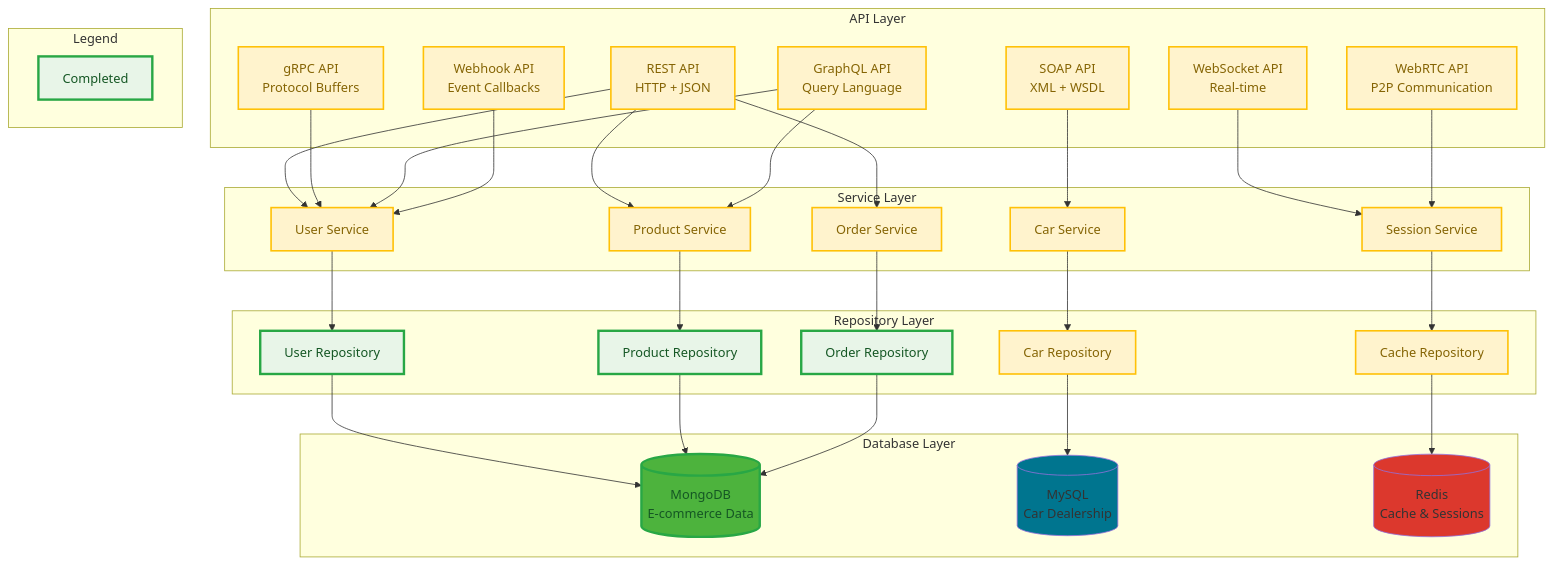
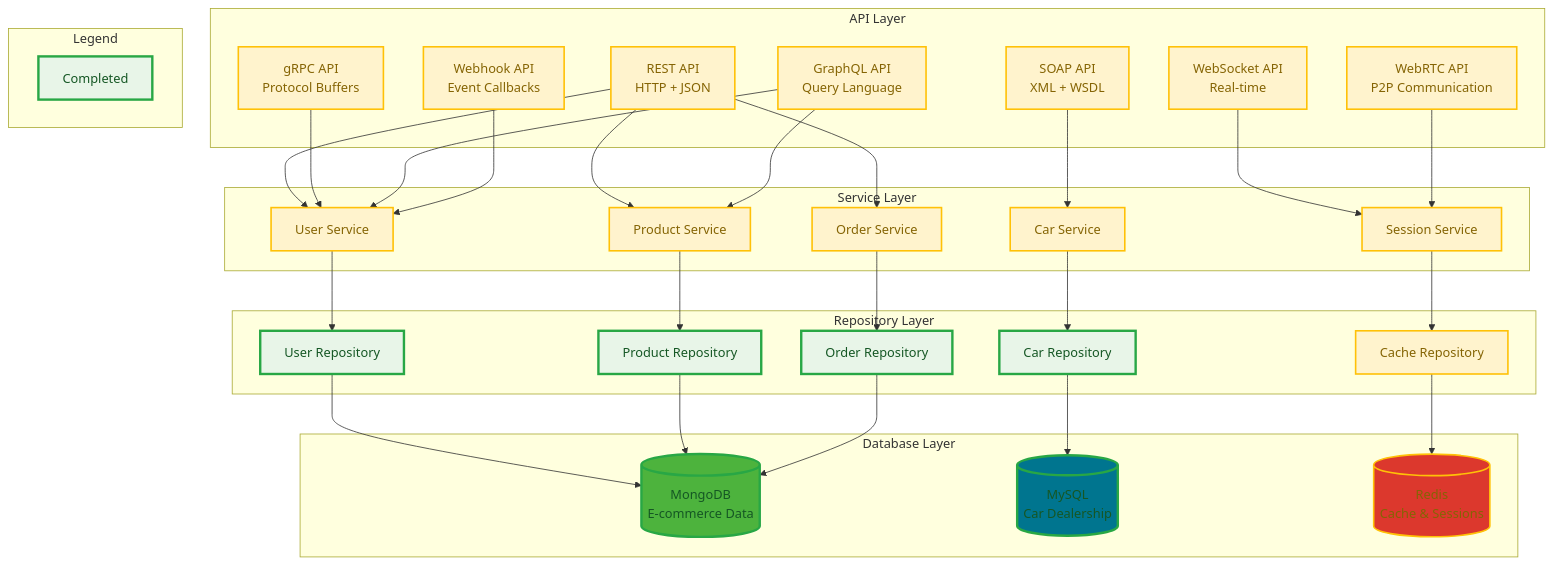
The diagram in README.md (mckriel/api-server), drawn with Mermaid before and after one commit.

Commit message:
mermaid diagram updated

````diff
--- a/README.md
+++ b/README.md
@@ -20,81 +20,82 @@
 ```mermaid
 graph TB
     subgraph "API Layer"
         REST[REST API<br/>HTTP + JSON]
         SOAP[SOAP API<br/>XML + WSDL]
         GRPC[gRPC API<br/>Protocol Buffers]
         GraphQL[GraphQL API<br/>Query Language]
         WS[WebSocket API<br/>Real-time]
         WebRTC[WebRTC API<br/>P2P Communication]
         Webhook[Webhook API<br/>Event Callbacks]
     end
 
     subgraph "Service Layer"
         UserSvc[User Service]
         ProductSvc[Product Service]
         OrderSvc[Order Service]
         CarSvc[Car Service]
         SessionSvc[Session Service]
     end
 
     subgraph "Repository Layer"
         UserRepo[User Repository]
         ProductRepo[Product Repository]
         OrderRepo[Order Repository]
         CarRepo[Car Repository]
         CacheRepo[Cache Repository]
     end
 
     subgraph "Database Layer"
         MongoDB[(MongoDB<br/>E-commerce Data)]
         MySQL[(MySQL<br/>Car Dealership)]
         Redis[(Redis<br/>Cache & Sessions)]
     end
 
     subgraph "Legend"
         Completed[Completed]
     end
 
     REST --> UserSvc
     REST --> ProductSvc
     REST --> OrderSvc
     SOAP --> CarSvc
     GRPC --> UserSvc
     GraphQL --> UserSvc
     GraphQL --> ProductSvc
     WS --> SessionSvc
     WebRTC --> SessionSvc
     Webhook --> UserSvc
 
     UserSvc --> UserRepo
     ProductSvc --> ProductRepo
     OrderSvc --> OrderRepo
     CarSvc --> CarRepo
     SessionSvc --> CacheRepo
 
     UserRepo --> MongoDB
     ProductRepo --> MongoDB
     OrderRepo --> MongoDB
     CarRepo --> MySQL
     CacheRepo --> Redis
 
     %% Database styling (keep original database colors)
     style MongoDB fill:#4DB33D
     style MySQL fill:#00758F
     style Redis fill:#DC382D
 
     %% Completed components (green stroke and fill)
     classDef completed fill:#E8F5E8,stroke:#28a745,stroke-width:3px,color:#155724
     classDef pending fill:#FFF3CD,stroke:#ffc107,stroke-width:2px,color:#856404
 
     %% Apply completed styling to implemented components
     class UserRepo,ProductRepo,OrderRepo,MongoDB completed
+    class CarRepo,MySQL completed
     
     %% Apply pending styling to not-yet-implemented components
-    class CarRepo,CacheRepo pending
+    class CacheRepo,Redis pending
     class UserSvc,ProductSvc,OrderSvc,CarSvc,SessionSvc pending
     class REST,SOAP,GRPC,GraphQL,WS,WebRTC,Webhook pending
 
     %% Legend styling
     style Completed fill:#E8F5E8,stroke:#28a745,stroke-width:3px,color:#155724
 ```
````
